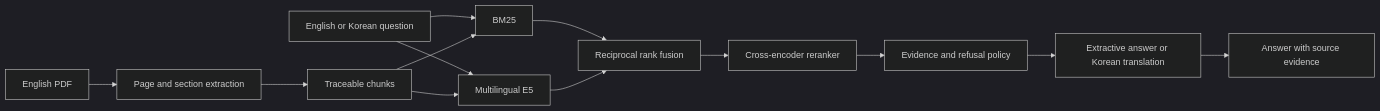
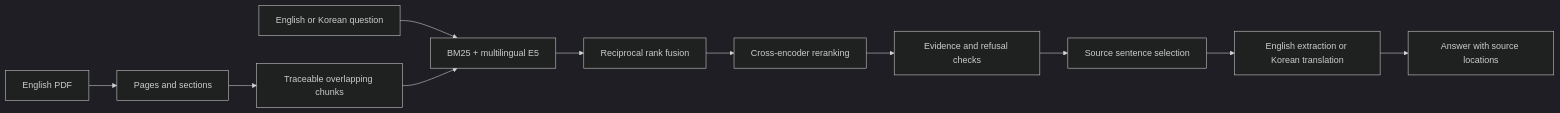
Before and after one commit to Dongmyung378/Evidence-Grounded-Paper-QnA: the diagram in README.md, drawn with Mermaid (dark theme). The commit also changed other lines of this file and 169 other files, not shown here.

````diff
--- a/README.md
+++ b/README.md
@@ -27,15 +28,13 @@
 ```mermaid
 flowchart LR
-    PDF[English PDF] --> Parse[Page and section extraction]
-    Parse --> Chunk[Traceable chunks]
-    Question[English or Korean question] --> BM25[BM25]
-    Question --> Dense[Multilingual E5]
-    Chunk --> BM25
-    Chunk --> Dense
-    BM25 --> RRF[Reciprocal rank fusion]
-    Dense --> RRF
-    RRF --> Rank[Cross-encoder reranker]
-    Rank --> Guard[Evidence and refusal policy]
-    Guard --> Answer[Extractive answer or Korean translation]
-    Answer --> Cite[Answer with source evidence]
+    PDF[English PDF] --> Parse[Pages and sections]
+    Parse --> Chunks[Traceable overlapping chunks]
+    Question[English or Korean question] --> Hybrid[BM25 + multilingual E5]
+    Chunks --> Hybrid
+    Hybrid --> RRF[Reciprocal rank fusion]
+    RRF --> Rank[Cross-encoder reranking]
+    Rank --> Policy[Evidence and refusal checks]
+    Policy --> Select[Source sentence selection]
+    Select --> Answer[English extraction or Korean translation]
+    Answer --> Cite[Answer with source locations]
 ```
````
